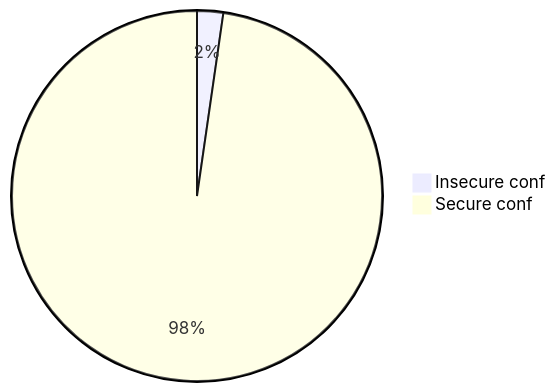
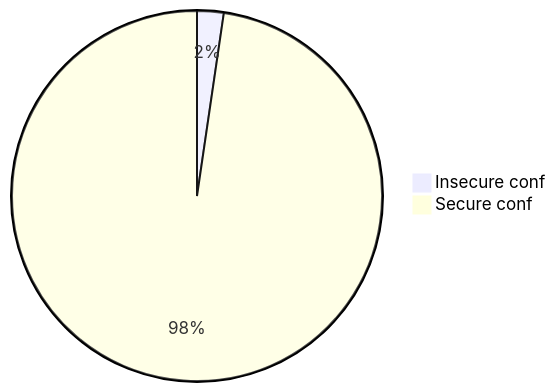
One commit to oshp/oshp-stats changed diagram 19 of 22 in stats.md. Above: the diagram before and after it, drawn with Mermaid. The commit also changed other lines of this file, not shown here.

````diff
--- a/stats.md
+++ b/stats.md
@@ -226,6 +226,6 @@
 ```mermaid
 pie
-	"Insecure conf" : 2.28
-	"Secure conf" : 97.72
+	"Insecure conf" : 2.32
+	"Secure conf" : 97.68
 
 ```
````
